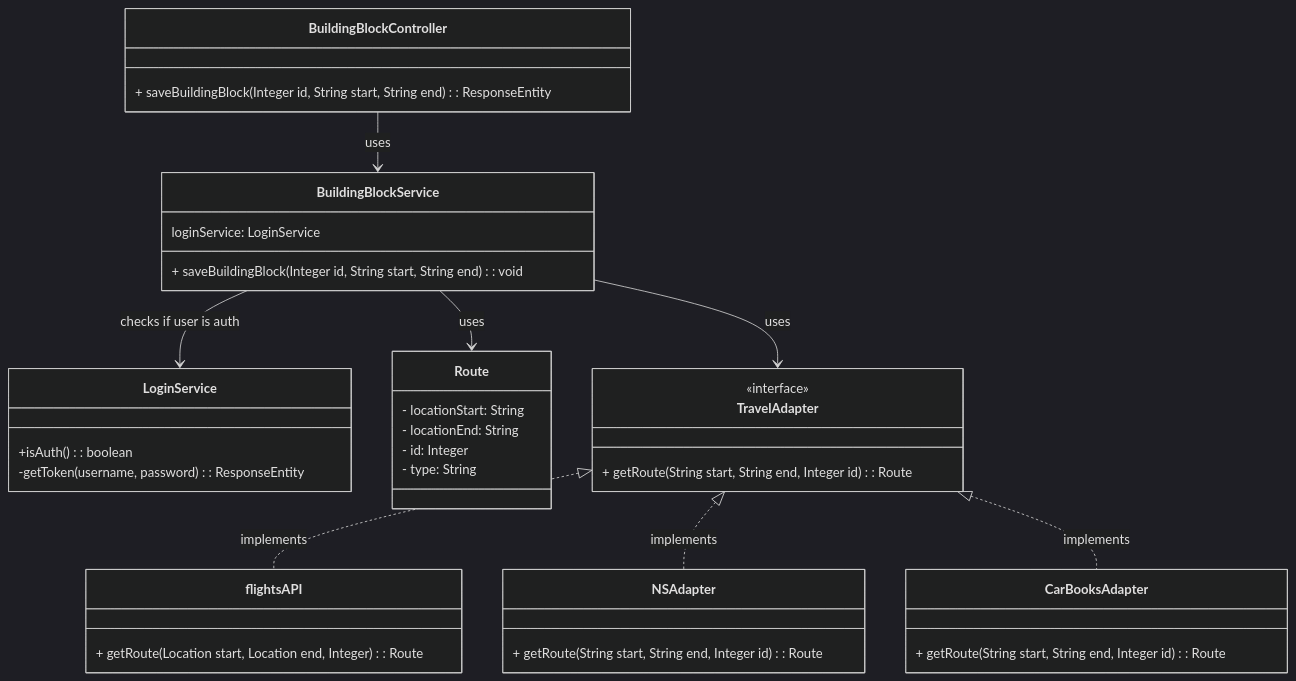
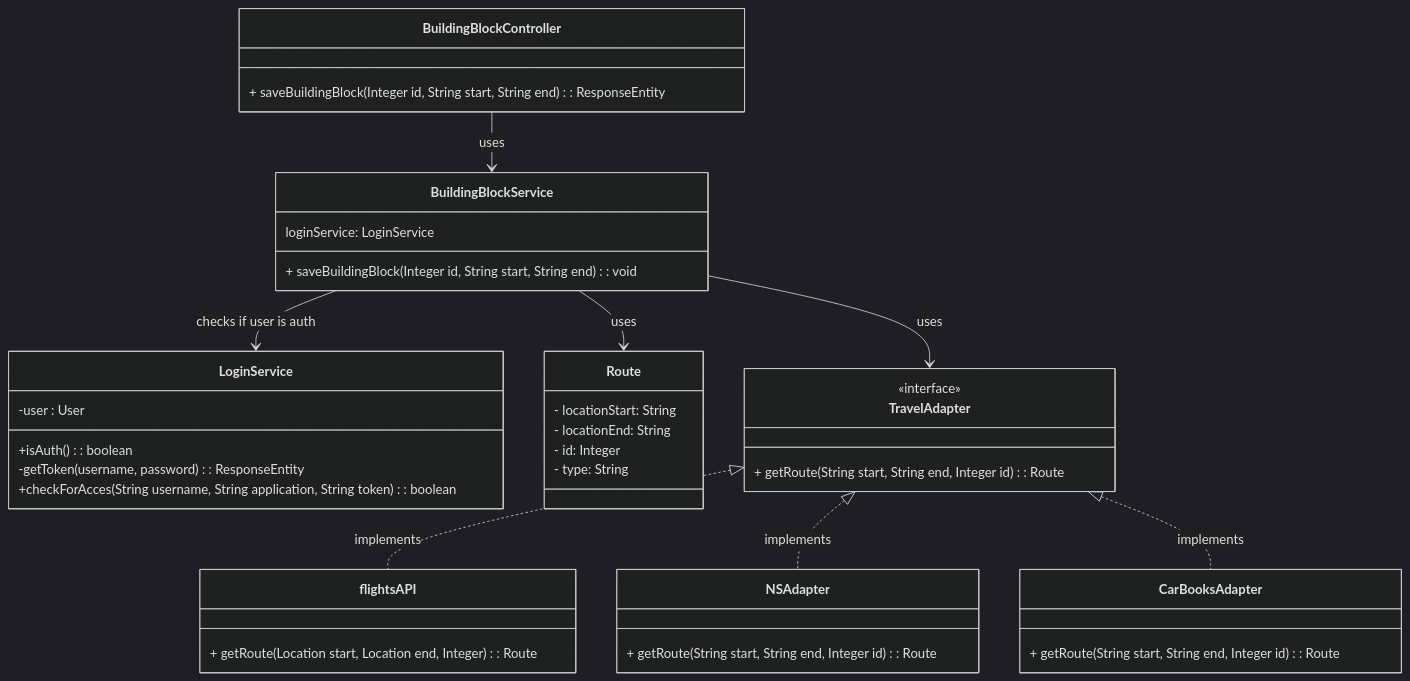
The third of 3 diagrams in software-guidebook/README.md (AIM-ENE-feb25/triptop-inshallahboys), drawn with Mermaid (dark theme) before and after one commit. The commit also changed other lines of this file and 2 other files, not shown here.

````diff
--- a/software-guidebook/README.md
+++ b/software-guidebook/README.md
@@ -219,49 +215,51 @@
 ```mermaid
 classDiagram
 
 class BuildingBlockController {
     + saveBuildingBlock(Integer id, String start, String end): ResponseEntity<Integer, String>
 }
 
 class BuildingBlockService {
     loginService: LoginService
     + saveBuildingBlock(Integer id, String start, String end): void
 }
 
 class LoginService{
+    -user : User
     +isAuth() : boolean
     -getToken(username, password) : ResponseEntity<String>
+    +checkForAcces(String username, String application, String token) : boolean
 }
 
 class Route {
     - locationStart: String
     - locationEnd: String
     - id: Integer
     - type: String
 }
 
 class TravelAdapter {
     <<interface>>
     + getRoute(String start, String end, Integer id): Route
 }
 
 class flightsAPI {
     + getRoute(Location start, Location end, Integer): Route
 }
 
 class NSAdapter {
     + getRoute(String start, String end, Integer id): Route
 }
 
 class CarBooksAdapter {
     + getRoute(String start, String end, Integer id): Route
 }
 
 BuildingBlockController --> BuildingBlockService : uses
 BuildingBlockService --> LoginService : checks if user is auth
 BuildingBlockService --> TravelAdapter : uses
 BuildingBlockService --> Route : uses
 TravelAdapter <|.. flightsAPI : implements
 TravelAdapter <|.. NSAdapter : implements
 TravelAdapter <|.. CarBooksAdapter : implements
 ```
````
